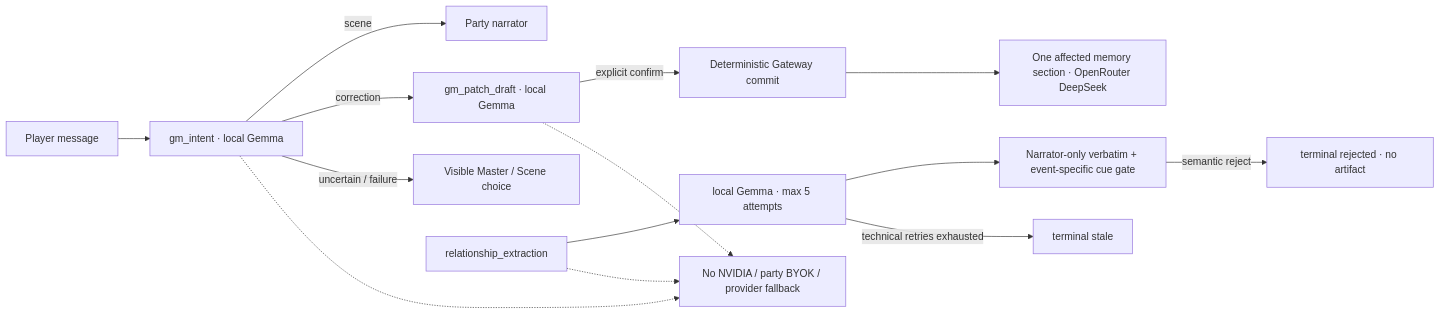
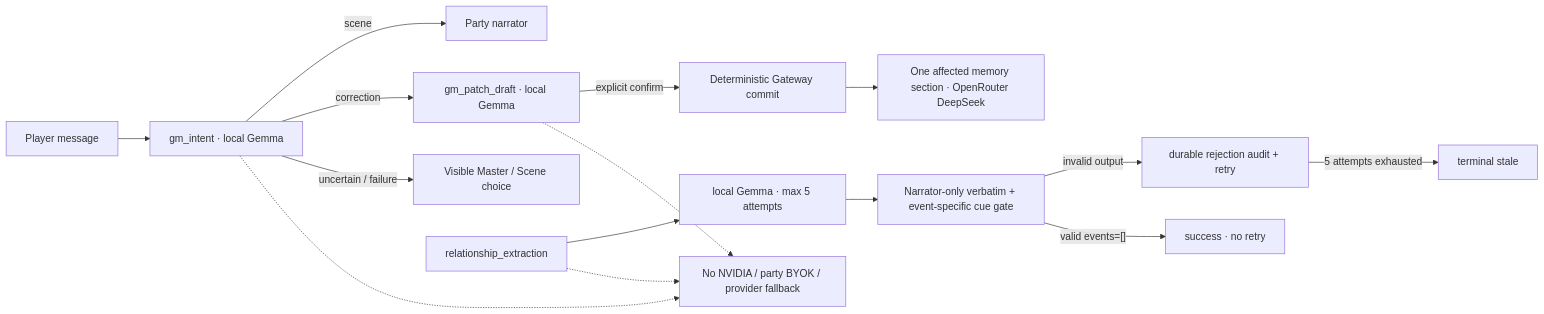
The fourth of 4 diagrams in docs/wiki/06-models-and-providers.md (abykovwww-byte/ubuntu_ansible_palybooks), drawn with Mermaid before and after one commit. The commit also changed other lines of this file and 29 other files, not shown here.

````diff
--- a/docs/wiki/06-models-and-providers.md
+++ b/docs/wiki/06-models-and-providers.md
@@ -191,16 +191,17 @@
 ```mermaid
 flowchart LR
     U["Player message"] --> I["gm_intent · local Gemma"]
     I -->|"scene"| N["Party narrator"]
     I -->|"correction"| D["gm_patch_draft · local Gemma"]
     I -->|"uncertain / failure"| C["Visible Master / Scene choice"]
     D -->|"explicit confirm"| S["Deterministic Gateway commit"]
     S --> M["One affected memory section · OpenRouter DeepSeek"]
     R["relationship_extraction"] --> L["local Gemma · max 5 attempts"]
     L --> G["Narrator-only verbatim + event-specific cue gate"]
-    G -->|"semantic reject"| J["terminal rejected · no artifact"]
-    L -->|"technical retries exhausted"| T["terminal stale"]
+    G -->|"invalid output"| J["durable rejection audit + retry"]
+    J -->|"5 attempts exhausted"| T["terminal stale"]
+    G -->|"valid events=[]"| V["success · no retry"]
     I -.-> X["No NVIDIA / party BYOK / provider fallback"]
     D -.-> X
     R -.-> X
 ```
````
